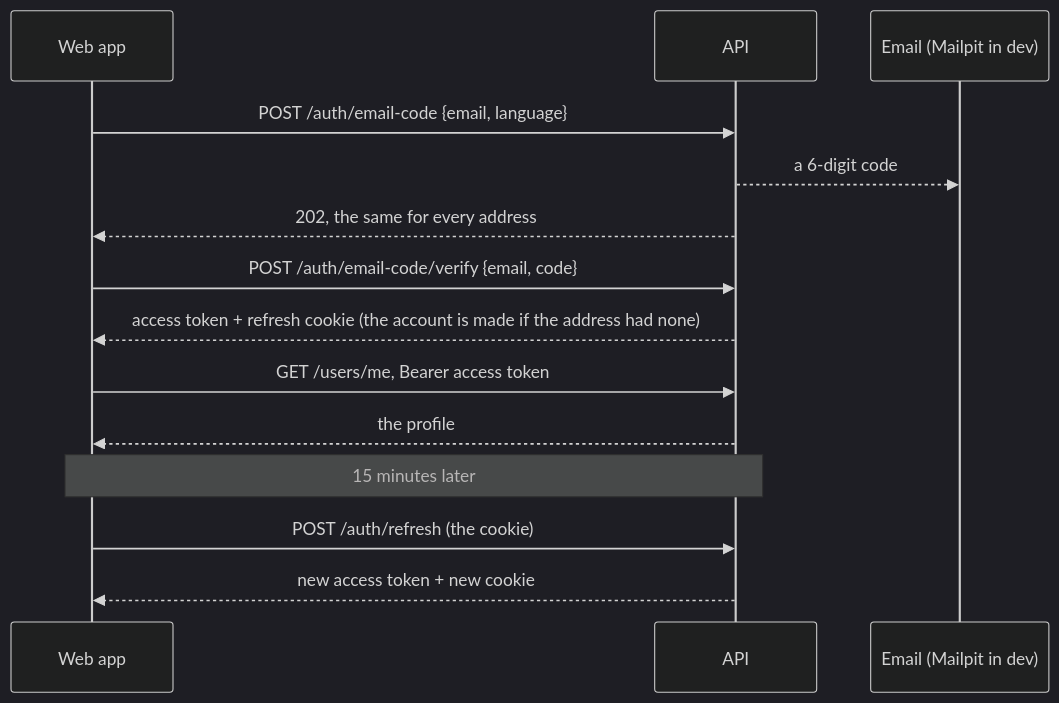
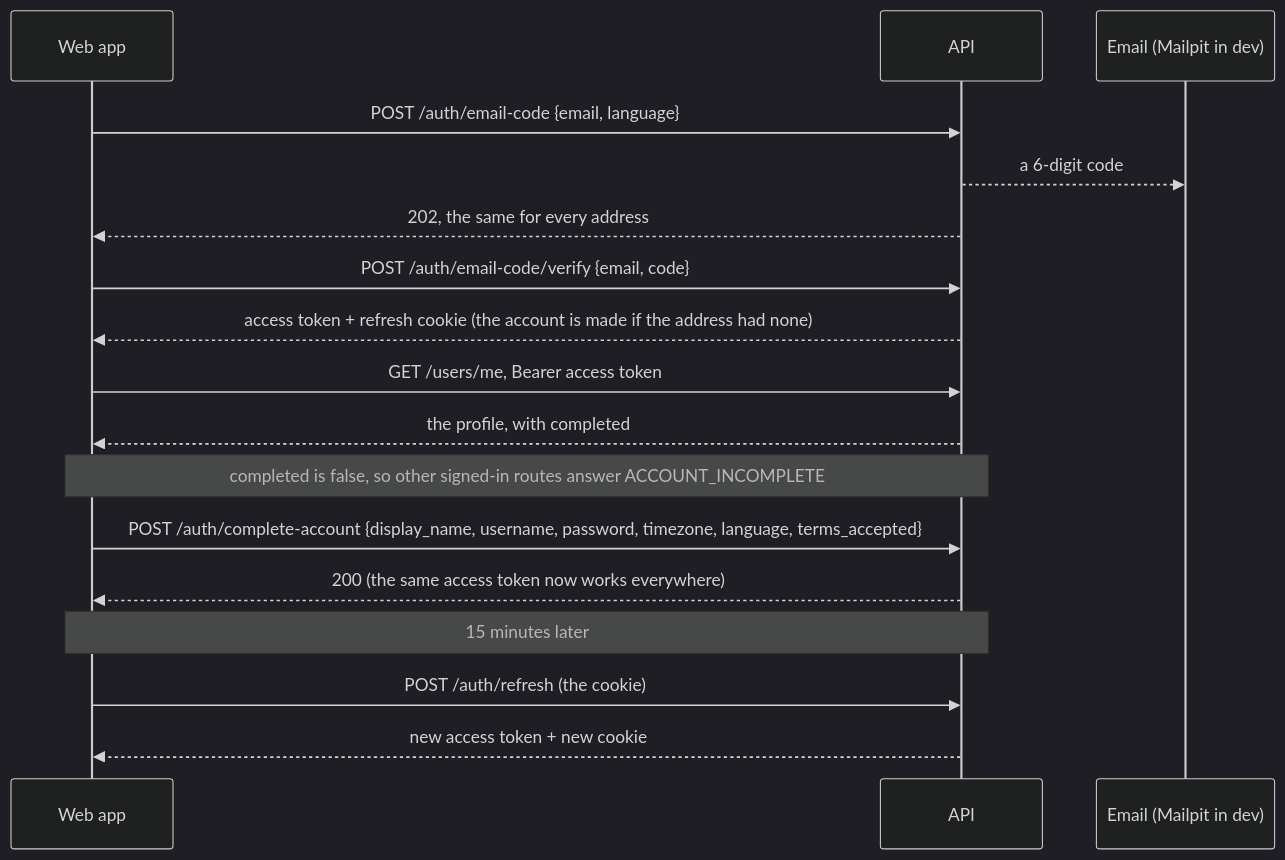
The third of 5 diagrams in OVERVIEW.md (StoriuSs/NezFocus-Backend), drawn with Mermaid (dark theme) before and after one commit. The commit also changed other lines of this file and 73 other files, not shown here.

First line of the commit message:
feat(auth): complete your account step and ACCOUNT_INCOMPLETE gate (L7)

````diff
--- a/OVERVIEW.md
+++ b/OVERVIEW.md
@@ -197,17 +197,20 @@
 ```mermaid
 sequenceDiagram
     participant W as Web app
     participant A as API
     participant M as Email (Mailpit in dev)
 
     W->>A: POST /auth/email-code {email, language}
     A-->>M: a 6-digit code
     A-->>W: 202, the same for every address
     W->>A: POST /auth/email-code/verify {email, code}
     A-->>W: access token + refresh cookie (the account is made if the address had none)
     W->>A: GET /users/me, Bearer access token
-    A-->>W: the profile
+    A-->>W: the profile, with completed
+    Note over W,A: completed is false, so other signed-in routes answer ACCOUNT_INCOMPLETE
+    W->>A: POST /auth/complete-account {display_name, username, password, timezone, language, terms_accepted}
+    A-->>W: 200 (the same access token now works everywhere)
     Note over W,A: 15 minutes later
     W->>A: POST /auth/refresh (the cookie)
     A-->>W: new access token + new cookie
 ```
````
